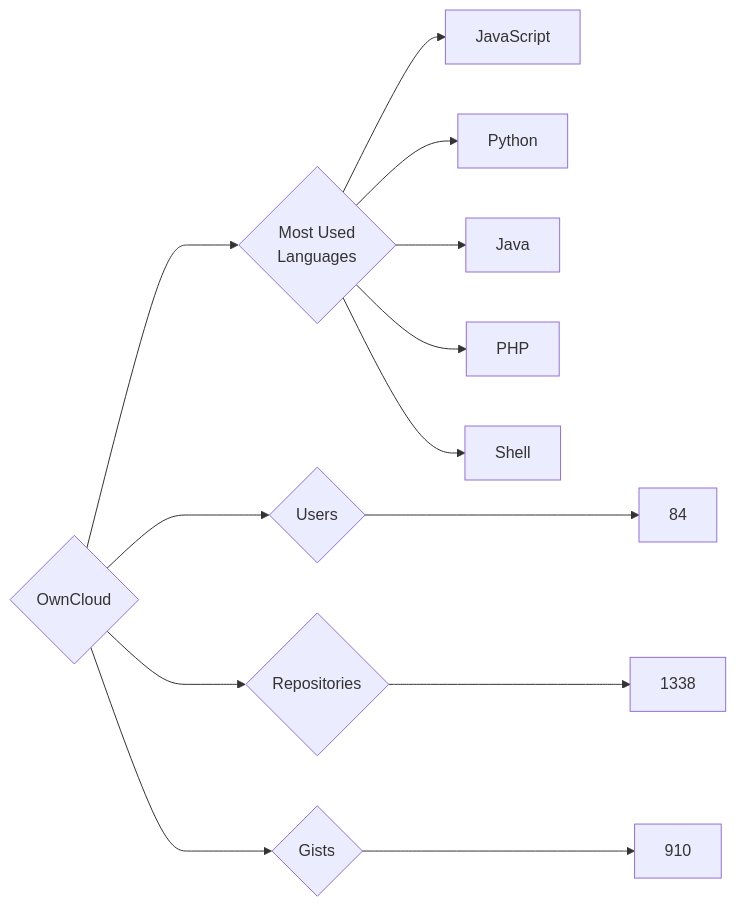
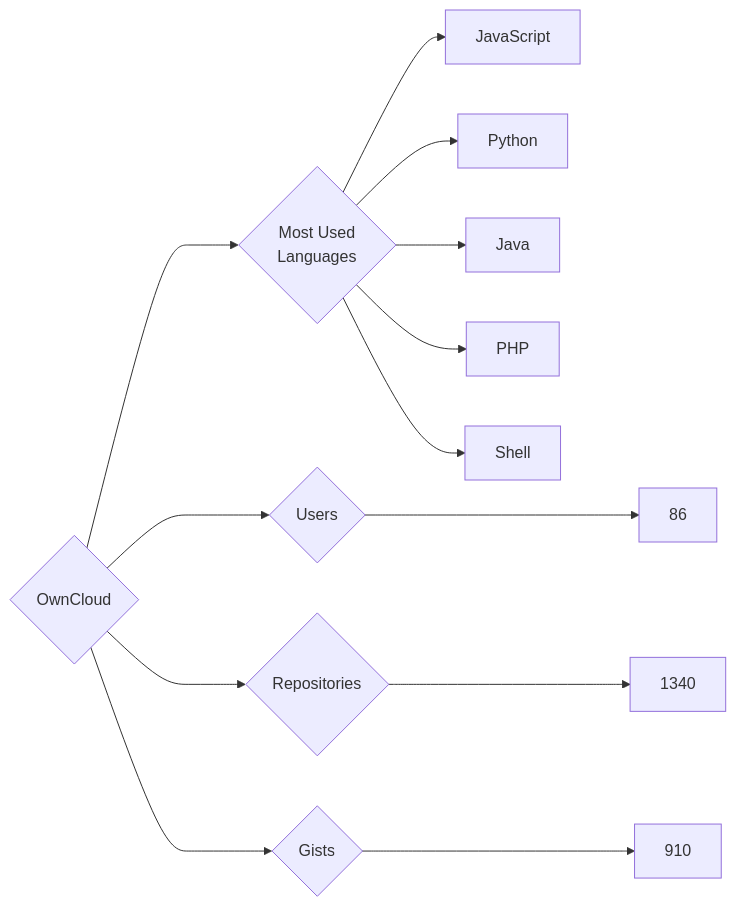
One commit to trickest/insiders changed the diagram in targets/OwnCloud/README.md. Above: the diagram before and after it, drawn with Mermaid. The commit also changed 715 other files, not shown here.

````diff
--- a/targets/OwnCloud/README.md
+++ b/targets/OwnCloud/README.md
@@ -3,13 +3,13 @@
 ```mermaid
 graph LR
 COMPANY_NAME{OwnCloud}
-COMPANY_NAME ---> U{Users} ---> UN[84]
-COMPANY_NAME ---> R{Repositories} ---> RN[1338]
+COMPANY_NAME ---> U{Users} ---> UN[86]
+COMPANY_NAME ---> R{Repositories} ---> RN[1340]
 COMPANY_NAME ---> G{Gists} ---> GN[910]
 COMPANY_NAME ---> ML{Most Used<br>Languages}
 ML --> JavaScript[JavaScript]
 ML --> Python[Python]
 ML --> Java[Java]
 ML --> PHP[PHP]
 ML --> Shell[Shell]
 ```
````
